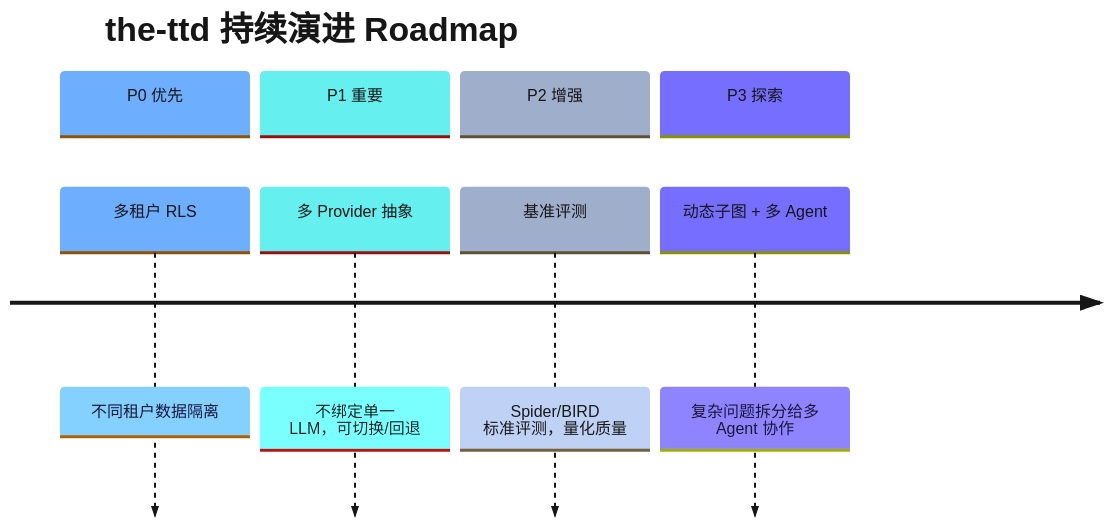
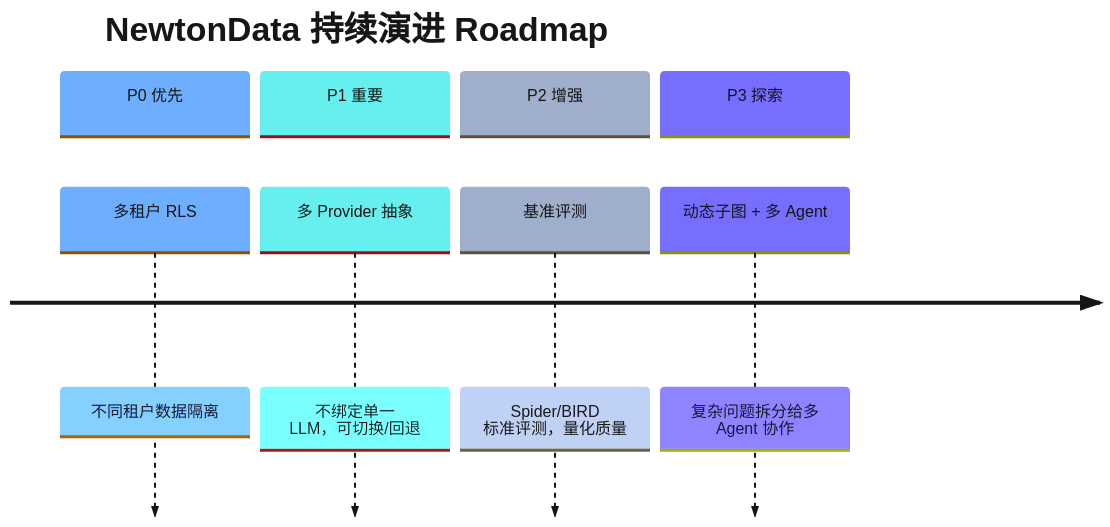
Before and after one commit to zhiweio/from-data-to-intelligence: the eighth of 9 diagrams in docs/47-评估-可观测与持续演进.md, drawn with Mermaid. The commit also changed other lines of this file and 13 other files, not shown here.

````diff
--- a/docs/47-评估-可观测与持续演进.md
+++ b/docs/47-评估-可观测与持续演进.md
@@ -265,13 +383,13 @@
 ```mermaid
 %%{init: {'theme':'base','themeVariables':{'primaryColor':'#edf5ff','primaryTextColor':'#161616','primaryBorderColor':'#0f62fe','lineColor':'#697077','secondaryColor':'#d9fbfb','tertiaryColor':'#f2f4f8'}}}%%
 timeline
-    title the-ttd 持续演进 Roadmap
+    title NewtonData 持续演进 Roadmap
     section P0 优先
         多租户 RLS : 不同租户数据隔离
     section P1 重要
         多 Provider 抽象 : 不绑定单一 LLM，可切换/回退
     section P2 增强
         基准评测 : Spider/BIRD 标准评测，量化质量
     section P3 探索
         动态子图 + 多 Agent : 复杂问题拆分给多 Agent 协作
 ```
````
